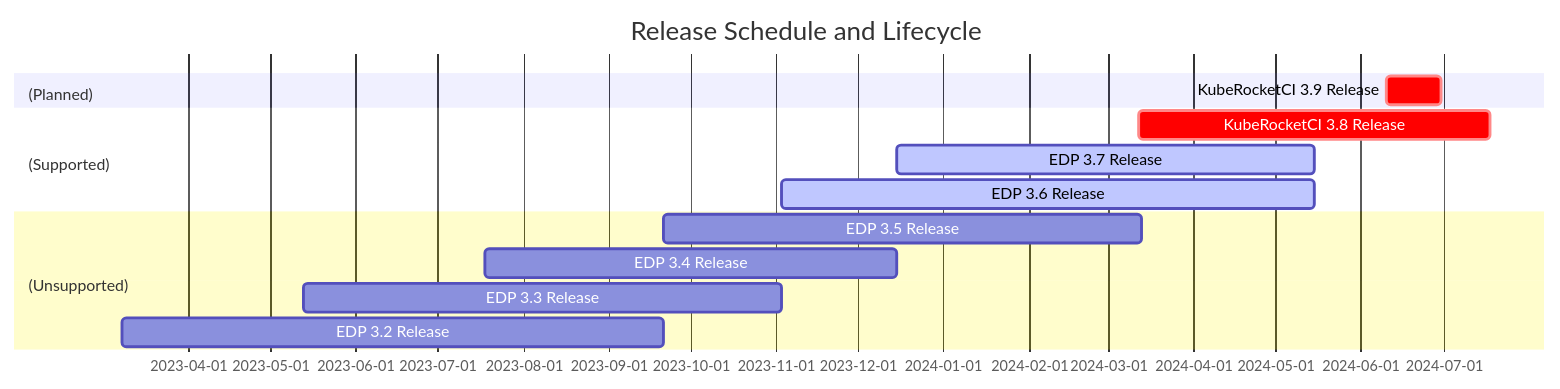
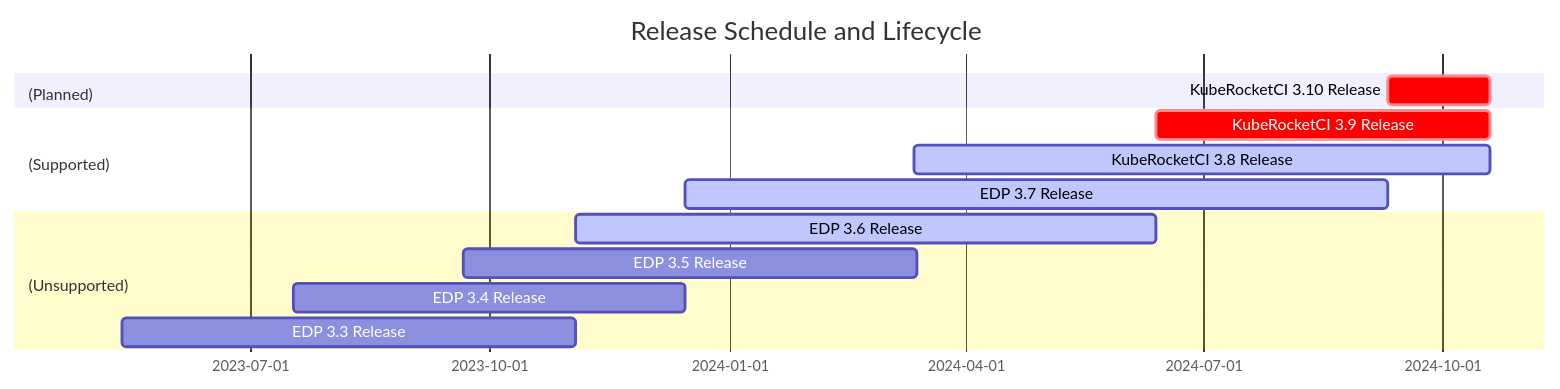
One commit to epam/edp-install changed the diagram in docs/supported-versions.md. Above: the diagram before and after it, drawn with Mermaid. The commit also changed other lines of this file and 3 other files, not shown here.

Commit message:
docs: Upgrade Documentation for KubeRocketCI 3.9.0 (#248)

````diff
--- a/docs/supported-versions.md
+++ b/docs/supported-versions.md
@@ -11,30 +11,30 @@
 ``` mermaid
 gantt
     dateFormat  YYYY-MM-DD
     title Release Schedule and Lifecycle
 
     section (Planned)
-    KubeRocketCI 3.9 Release: crit, r39, 2024-6-10, 20d
+    KubeRocketCI 3.10 Release: crit, r40, 2024-9-10, 39d
 
     section (Supported)
-    KubeRocketCI 3.8 Release: crit, r38, 2024-3-12, 128d
+    KubeRocketCI 3.9 Release: crit, r39, 2024-6-13, 128d
 
     section (Supported)
-    EDP 3.7 Release: active, r37, 2023-12-15, 152d
+    KubeRocketCI 3.8 Release: active, r38, 2024-3-12, 221d
 
     section (Supported)
-    EDP 3.6 Release: active, r36, 2023-11-03, 194d
+    EDP 3.7 Release: active, r37, 2023-12-15, 270d
+
+    section (Unsupported)
+    EDP 3.6 Release: active, r36, 2023-11-03, 223d
 
     section (Unsupported)
     EDP 3.5 Release: r35, 2023-09-21, 174d
 
     section (Unsupported)
     EDP 3.4 Release: r34, 2023-07-18, 2023-12-15
 
     section (Unsupported)
     EDP 3.3 Release: r33, 2023-05-13, 2023-11-03
 
-    section (Unsupported)
-    EDP 3.2 Release: r32, 2023-03-08, 2023-09-21
-
 ```
````
